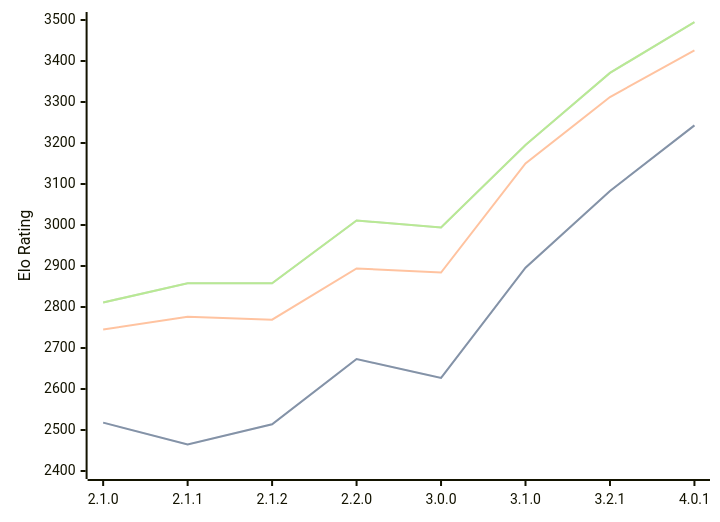
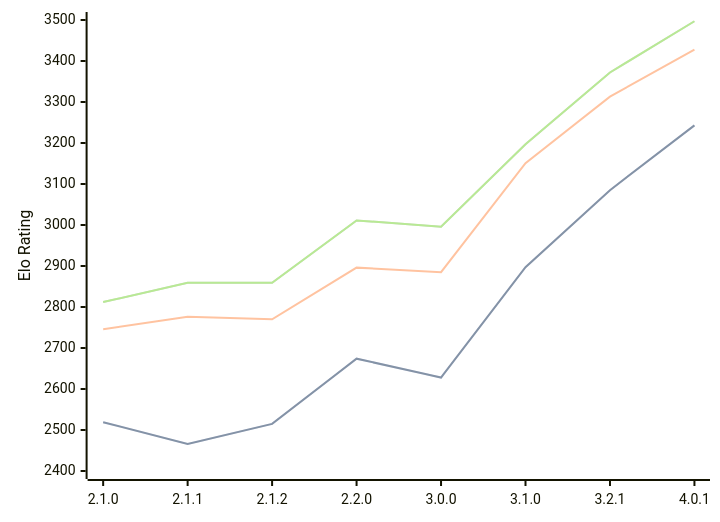
One commit to computer-chess-index/cci changed the diagram in engines/Prune.md. Above: the diagram before and after it, drawn with Mermaid. The commit also changed other lines of this file, not shown here.

Commit message:
Update CCI Ratings (ELO VLTC) - 2026-08-15

````diff
--- a/engines/Prune.md
+++ b/engines/Prune.md
@@ -40,11 +40,11 @@
 ```mermaid
 %%{init: {"theme":"base","themeVariables":{"seriesColors:['#a3a3a3','#222221','#faa371']}}}%%
 xychart-beta
   x-axis ["2.1.0", "2.1.1", "2.1.2", "2.2.0", "3.0.0", "3.1.0", "3.2.1", "4.0.1"]
   y-axis "Elo Rating" 2400 --> 3500
-  line "STC (8.0+0.08s)" [2518, 2465, 2514, 2673, 2627, 2896, 3083, 3243]
-  line "STC (8.0+0.08s)" [2518, 2465, 2514, 2673, 2627, 2896, 3083, 3243]
-  line "LTC (60.0+0.60s)" [2745, 2776, 2769, 2894, 2884, 3150, 3312, 3426]
-  line "VLTC (2m24s+1.12s)" [2811, 2858, 2858, 3011, 2994, 3195, 3371, 3495]
-  line "VLTC (2m24s+1.12s)" [2811, 2858, 2858, 3011, 2994, 3195, 3371, 3495]
+  line "STC (8.0+0.08s)" [2519, 2466, 2515, 2674, 2628, 2897, 3085, 3243]
+  line "STC (8.0+0.08s)" [2519, 2466, 2515, 2674, 2628, 2897, 3085, 3243]
+  line "LTC (60.0+0.60s)" [2746, 2776, 2770, 2896, 2885, 3151, 3313, 3428]
+  line "VLTC (2m24s+1.12s)" [2812, 2859, 2859, 3011, 2996, 3197, 3372, 3497]
+  line "VLTC (2m24s+1.12s)" [2812, 2859, 2859, 3011, 2996, 3197, 3372, 3497]
 ```
````
